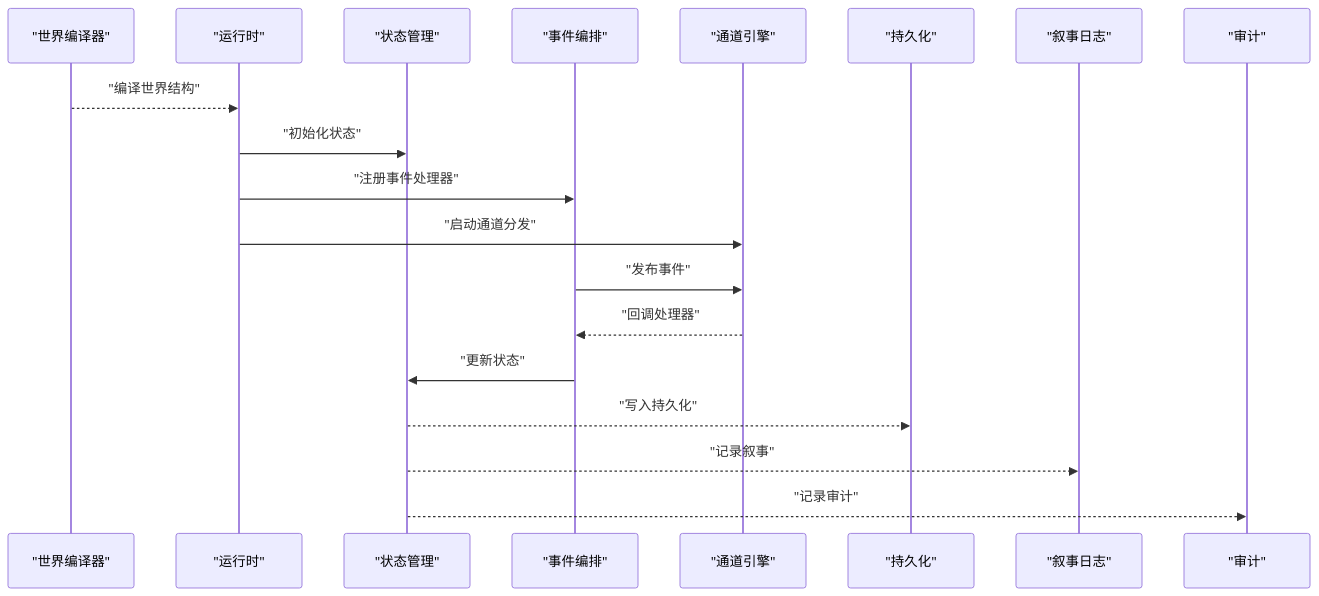
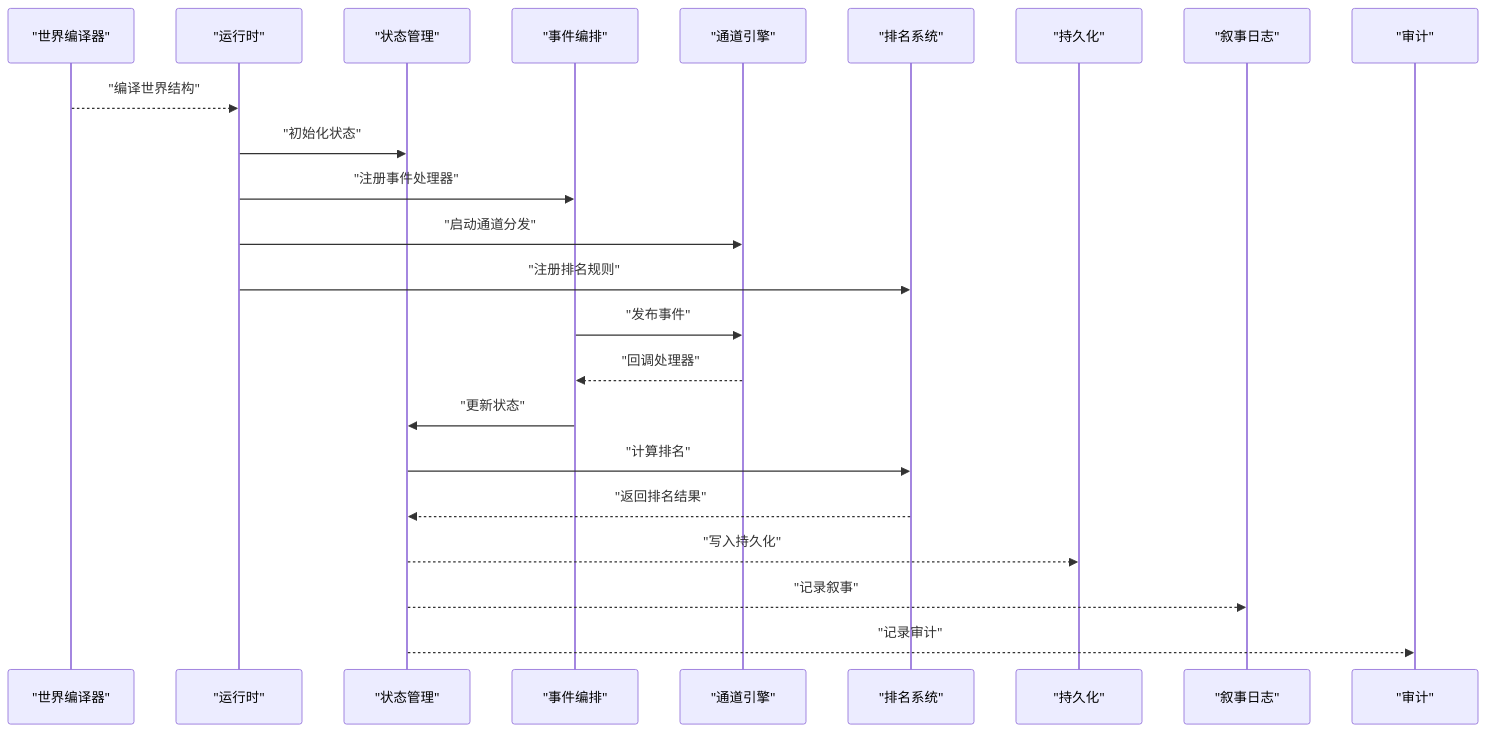
The second of 9 diagrams in .qoder/repowiki/zh/content/项目概览/P0机制重构完成文档.md (Ivandanslespace/thegreatnovel), drawn with Mermaid before and after one commit. The commit also changed other lines of this file and 120 other files, not shown here.

````diff
--- a/.qoder/repowiki/zh/content/项目概览/P0机制重构完成文档.md
+++ b/.qoder/repowiki/zh/content/项目概览/P0机制重构完成文档.md
@@ -136,21 +163,25 @@
 ```mermaid
 sequenceDiagram
 participant WC as "世界编译器"
 participant RT as "运行时"
 participant ST as "状态管理"
 participant ED as "事件编排"
 participant CE as "通道引擎"
+participant RE as "排名系统"
 participant PE as "持久化"
 participant NL as "叙事日志"
 participant AU as "审计"
 WC-->>RT : "编译世界结构"
 RT->>ST : "初始化状态"
 RT->>ED : "注册事件处理器"
 RT->>CE : "启动通道分发"
+RT->>RE : "注册排名规则"
 ED->>CE : "发布事件"
 CE-->>ED : "回调处理器"
 ED->>ST : "更新状态"
+ST->>RE : "计算排名"
+RE-->>ST : "返回排名结果"
 ST-->>PE : "写入持久化"
 ST-->>NL : "记录叙事"
 ST-->>AU : "记录审计"
 ```
````
